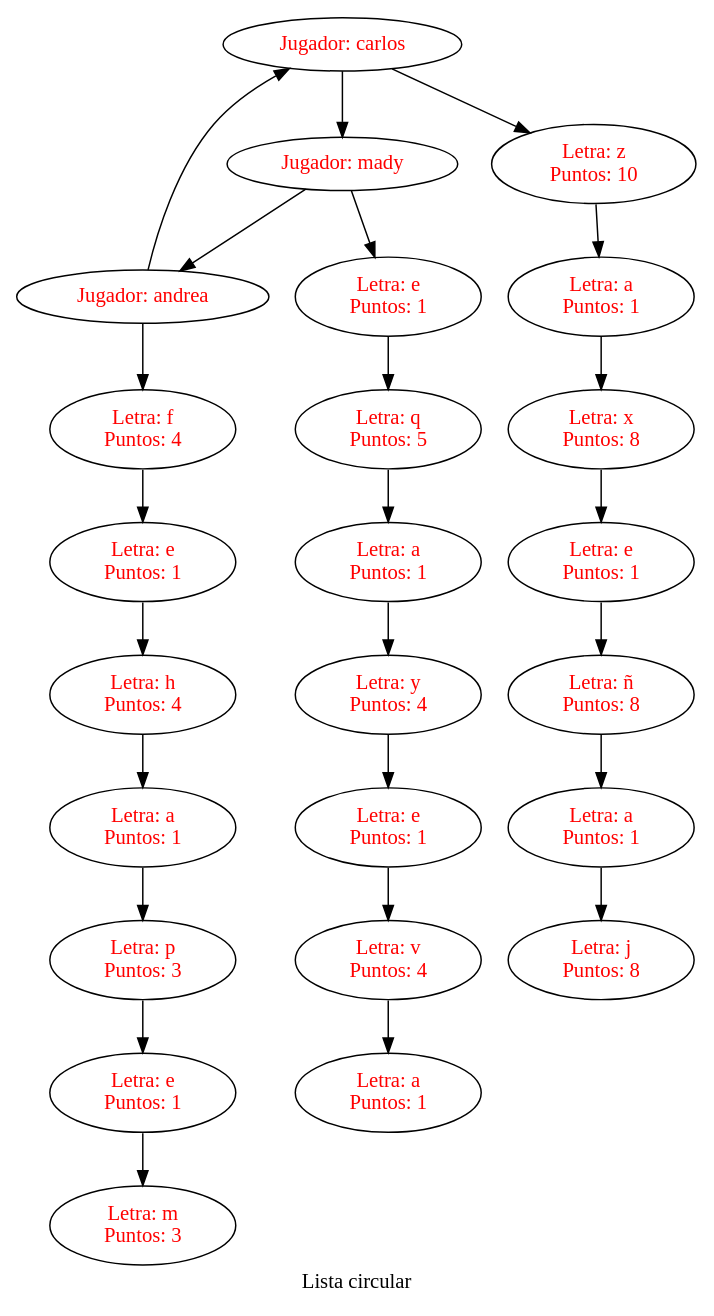
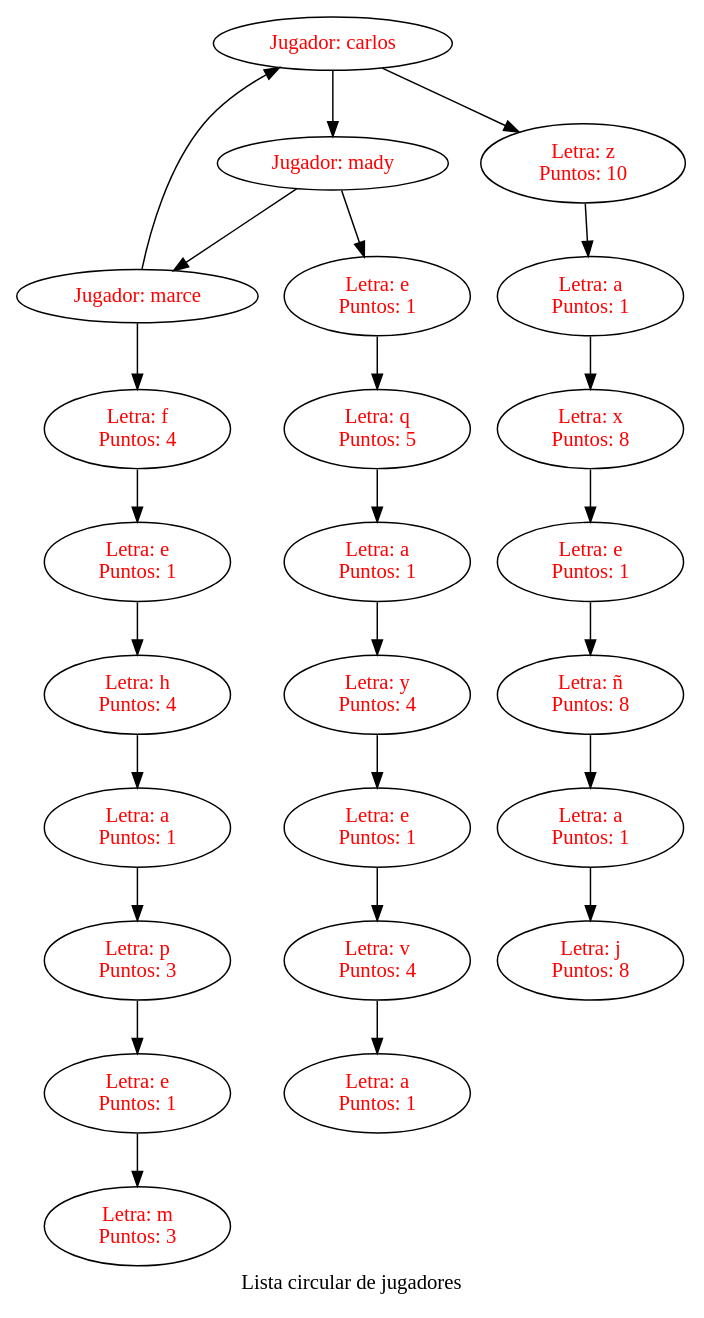
Before and after one commit to CPeraltaa/Practica1s12017_201314556: the diagram in listacircular.dot, drawn with Graphviz. The commit also changed 18 other files, not shown here.

```diff
--- a/listacircular.dot
+++ b/listacircular.dot
@@ -1,54 +1,54 @@
 digraph ListaS{
-label= "Lista circular"
+label= "Lista circular de jugadores"
 	node [fontcolor="red", height=0.5, color="black"]
 	edge [color="black", dir=fordware]
-nodo1322072946[label="Jugador: carlos"];
-nodo1322072946->nodo895128746;
-nodo1322072946->nodo1536117658;
-nodo1536117658[label="Letra: z\n Puntos: 10"];
-nodo1536117658->nodo1284949605;
-nodo1284949605[label="Letra: a\n Puntos: 1"];
-nodo1284949605->nodo1806131758;
-nodo1806131758[label="Letra: x\n Puntos: 8"];
-nodo1806131758->nodo179913780;
-nodo179913780[label="Letra: e\n Puntos: 1"];
-nodo179913780->nodo726338914;
-nodo726338914[label="Letra: ñ\n Puntos: 8"];
-nodo726338914->nodo1368671104;
-nodo1368671104[label="Letra: a\n Puntos: 1"];
-nodo1368671104->nodo32697742;
-nodo32697742[label="Letra: j\n Puntos: 8"];
-nodo895128746[label="Jugador: mady"];
-nodo895128746->nodo1101693280;
-nodo895128746->nodo855225386;
-nodo855225386[label="Letra: e\n Puntos: 1"];
-nodo855225386->nodo1099069878;
-nodo1099069878[label="Letra: q\n Puntos: 5"];
-nodo1099069878->nodo1460298389;
-nodo1460298389[label="Letra: a\n Puntos: 1"];
-nodo1460298389->nodo1119770773;
-nodo1119770773[label="Letra: y\n Puntos: 4"];
-nodo1119770773->nodo1025113100;
-nodo1025113100[label="Letra: e\n Puntos: 1"];
-nodo1025113100->nodo1870953936;
-nodo1870953936[label="Letra: v\n Puntos: 4"];
-nodo1870953936->nodo1797174399;
-nodo1797174399[label="Letra: a\n Puntos: 1"];
-nodo1101693280[label="Jugador: andrea"];
-nodo1101693280->nodo1322072946;
-nodo1101693280->nodo1532244857;
-nodo1532244857[label="Letra: f\n Puntos: 4"];
-nodo1532244857->nodo694115715;
-nodo694115715[label="Letra: e\n Puntos: 1"];
-nodo694115715->nodo1710874501;
-nodo1710874501[label="Letra: h\n Puntos: 4"];
-nodo1710874501->nodo2077893129;
-nodo2077893129[label="Letra: a\n Puntos: 1"];
-nodo2077893129->nodo32442864;
-nodo32442864[label="Letra: p\n Puntos: 3"];
-nodo32442864->nodo1376780043;
-nodo1376780043[label="Letra: e\n Puntos: 1"];
-nodo1376780043->nodo2040596280;
-nodo2040596280[label="Letra: m\n Puntos: 3"];
+nodo546140648[label="Jugador: carlos"];
+nodo546140648->nodo1521553633;
+nodo546140648->nodo23272813;
+nodo23272813[label="Letra: z\n Puntos: 10"];
+nodo23272813->nodo848499084;
+nodo848499084[label="Letra: a\n Puntos: 1"];
+nodo848499084->nodo2044343303;
+nodo2044343303[label="Letra: x\n Puntos: 8"];
+nodo2044343303->nodo733873605;
+nodo733873605[label="Letra: e\n Puntos: 1"];
+nodo733873605->nodo842001834;
+nodo842001834[label="Letra: ñ\n Puntos: 8"];
+nodo842001834->nodo404395282;
+nodo404395282[label="Letra: a\n Puntos: 1"];
+nodo404395282->nodo810086426;
+nodo810086426[label="Letra: j\n Puntos: 8"];
+nodo1521553633[label="Jugador: mady"];
+nodo1521553633->nodo1803770875;
+nodo1521553633->nodo638368156;
+nodo638368156[label="Letra: e\n Puntos: 1"];
+nodo638368156->nodo1794247242;
+nodo1794247242[label="Letra: q\n Puntos: 5"];
+nodo1794247242->nodo500035374;
+nodo500035374[label="Letra: a\n Puntos: 1"];
+nodo500035374->nodo1818239983;
+nodo1818239983[label="Letra: y\n Puntos: 4"];
+nodo1818239983->nodo803452838;
+nodo803452838[label="Letra: e\n Puntos: 1"];
+nodo803452838->nodo1438206026;
+nodo1438206026[label="Letra: v\n Puntos: 4"];
+nodo1438206026->nodo671054156;
+nodo671054156[label="Letra: a\n Puntos: 1"];
+nodo1803770875[label="Jugador: marce"];
+nodo1803770875->nodo546140648;
+nodo1803770875->nodo1257068807;
+nodo1257068807[label="Letra: f\n Puntos: 4"];
+nodo1257068807->nodo2021755259;
+nodo2021755259[label="Letra: e\n Puntos: 1"];
+nodo2021755259->nodo1734698297;
+nodo1734698297[label="Letra: h\n Puntos: 4"];
+nodo1734698297->nodo999048576;
+nodo999048576[label="Letra: a\n Puntos: 1"];
+nodo999048576->nodo461969047;
+nodo461969047[label="Letra: p\n Puntos: 3"];
+nodo461969047->nodo1865916108;
+nodo1865916108[label="Letra: e\n Puntos: 1"];
+nodo1865916108->nodo590832318;
+nodo590832318[label="Letra: m\n Puntos: 3"];
 
 }
```
